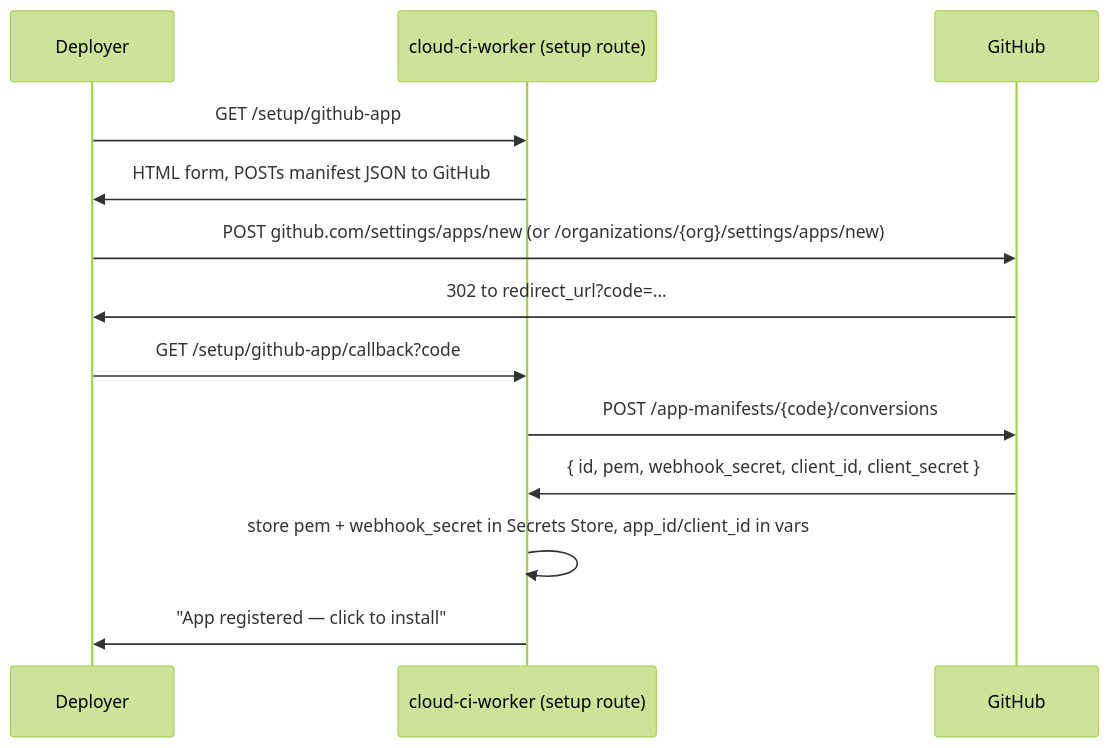
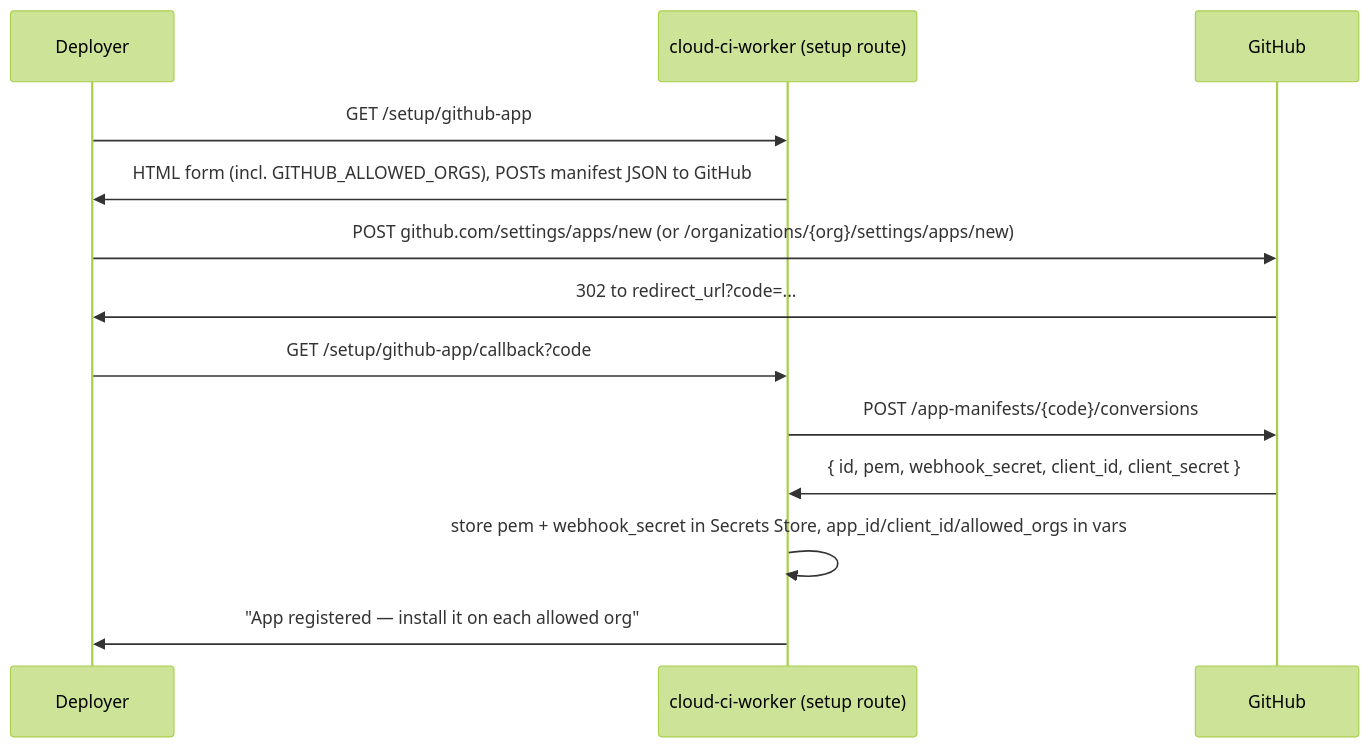
Before and after one commit to btkostner/cloud-ci: the second of 2 diagrams in docs/design/auth.md, drawn with Mermaid (forest theme). The commit also changed other lines of this file and 19 other files, not shown here.

Commit message:
Apply PR review: dynamic-only pipelines, settings.yml, GitHub-only auth, templated PR comment, pluggable executors

````diff
--- a/docs/design/auth.md
+++ b/docs/design/auth.md
@@ -306,16 +348,16 @@
 ```mermaid
 sequenceDiagram
     participant Op as Deployer
     participant W as cloud-ci-worker (setup route)
     participant GH as GitHub
 
     Op->>W: GET /setup/github-app
-    W->>Op: HTML form, POSTs manifest JSON to GitHub
+    W->>Op: HTML form (incl. GITHUB_ALLOWED_ORGS), POSTs manifest JSON to GitHub
     Op->>GH: POST github.com/settings/apps/new (or /organizations/{org}/settings/apps/new)
     GH->>Op: 302 to redirect_url?code=...
     Op->>W: GET /setup/github-app/callback?code
     W->>GH: POST /app-manifests/{code}/conversions
     GH->>W: { id, pem, webhook_secret, client_id, client_secret }
-    W->>W: store pem + webhook_secret in Secrets Store, app_id/client_id in vars
-    W->>Op: "App registered — click to install"
+    W->>W: store pem + webhook_secret in Secrets Store, app_id/client_id/allowed_orgs in vars
+    W->>Op: "App registered — install it on each allowed org"
 ```
````
